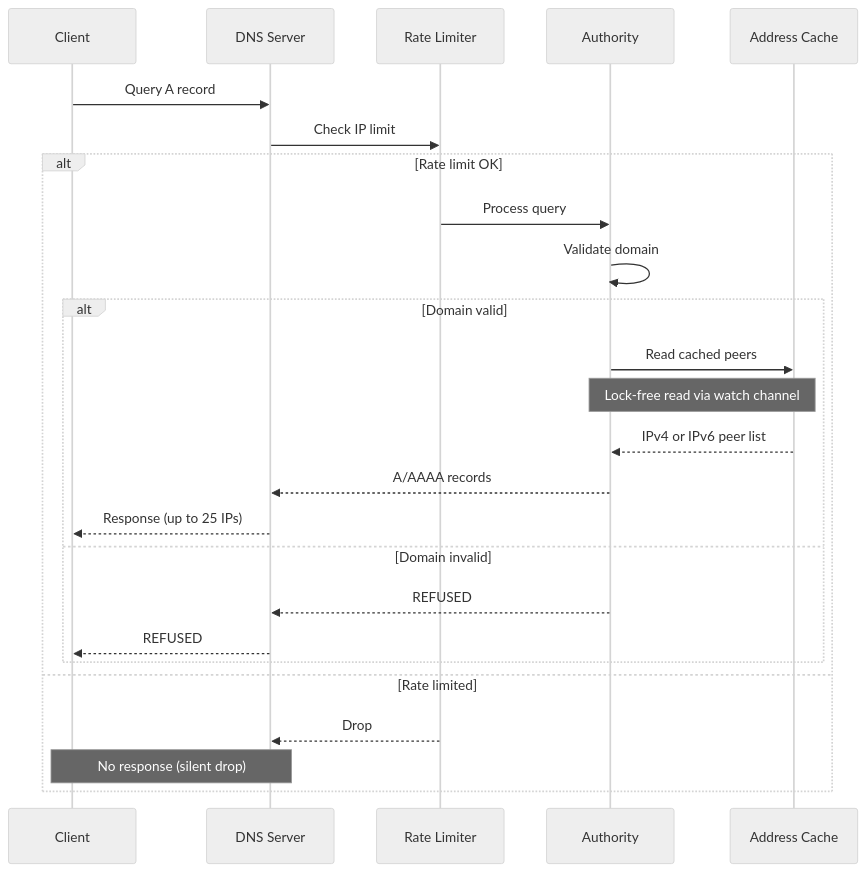
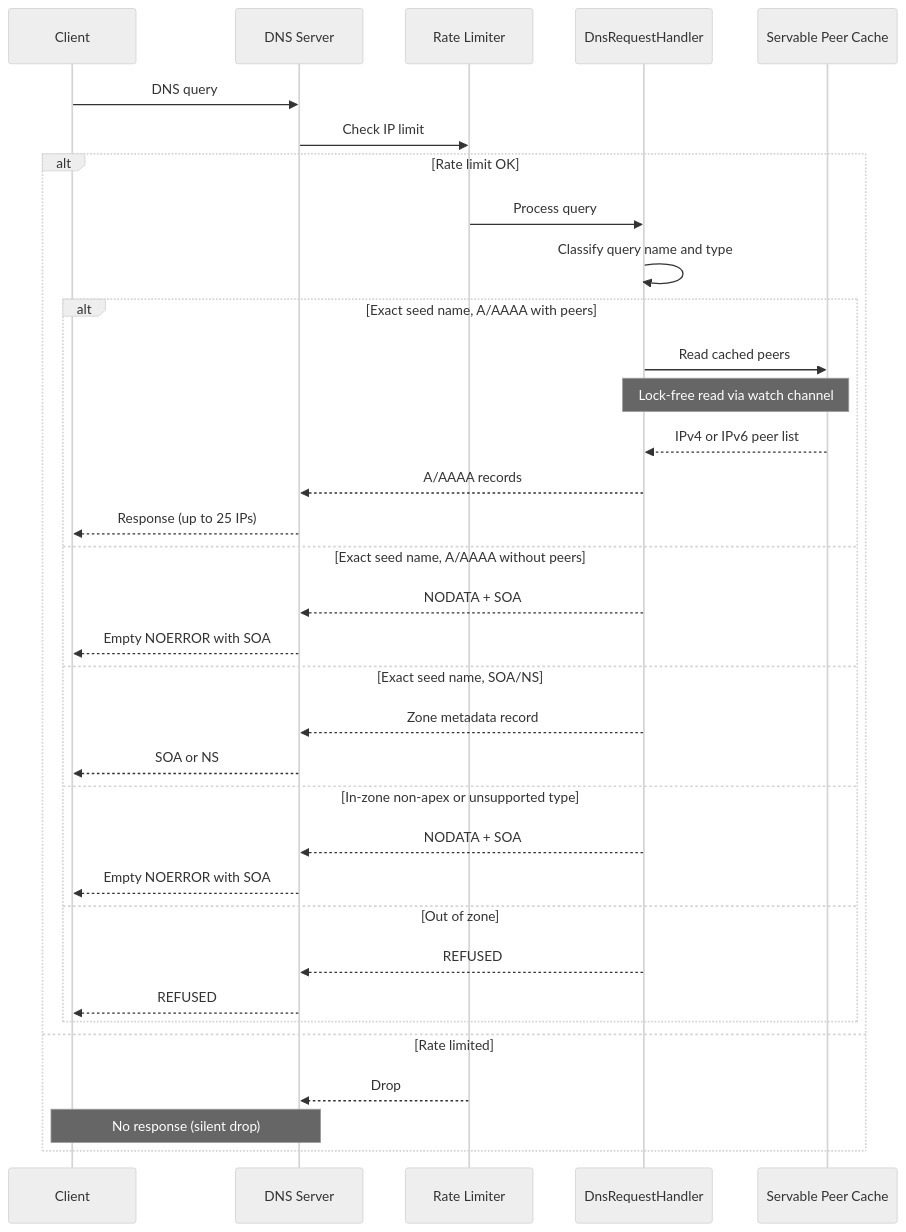
Before and after one commit to ZcashFoundation/zeeder: the second of 4 diagrams in docs/architecture.md, drawn with Mermaid (neutral theme). The commit also changed other lines of this file and 40 other files, not shown here.

````diff
--- a/docs/architecture.md
+++ b/docs/architecture.md
@@ -45,22 +46,31 @@
 ```mermaid
 sequenceDiagram
-    Client->>DNS Server: Query A record
+    Client->>DNS Server: DNS query
     DNS Server->>Rate Limiter: Check IP limit
     alt Rate limit OK
-        Rate Limiter->>Authority: Process query
-        Authority->>Authority: Validate domain
-        alt Domain valid
-            Authority->>Address Cache: Read cached peers
-            Note over Authority,Address Cache: Lock-free read via watch channel
-            Address Cache-->>Authority: IPv4 or IPv6 peer list
-            Authority-->>DNS Server: A/AAAA records
+        Rate Limiter->>DnsRequestHandler: Process query
+        DnsRequestHandler->>DnsRequestHandler: Classify query name and type
+        alt Exact seed name, A/AAAA with peers
+            DnsRequestHandler->>Servable Peer Cache: Read cached peers
+            Note over DnsRequestHandler,Servable Peer Cache: Lock-free read via watch channel
+            Servable Peer Cache-->>DnsRequestHandler: IPv4 or IPv6 peer list
+            DnsRequestHandler-->>DNS Server: A/AAAA records
             DNS Server-->>Client: Response (up to 25 IPs)
-        else Domain invalid
-            Authority-->>DNS Server: REFUSED
+        else Exact seed name, A/AAAA without peers
+            DnsRequestHandler-->>DNS Server: NODATA + SOA
+            DNS Server-->>Client: Empty NOERROR with SOA
+        else Exact seed name, SOA/NS
+            DnsRequestHandler-->>DNS Server: Zone metadata record
+            DNS Server-->>Client: SOA or NS
+        else In-zone non-apex or unsupported type
+            DnsRequestHandler-->>DNS Server: NODATA + SOA
+            DNS Server-->>Client: Empty NOERROR with SOA
+        else Out of zone
+            DnsRequestHandler-->>DNS Server: REFUSED
             DNS Server-->>Client: REFUSED
         end
     else Rate limited
         Rate Limiter-->>DNS Server: Drop
         Note over Client,DNS Server: No response (silent drop)
     end
 ```
````
